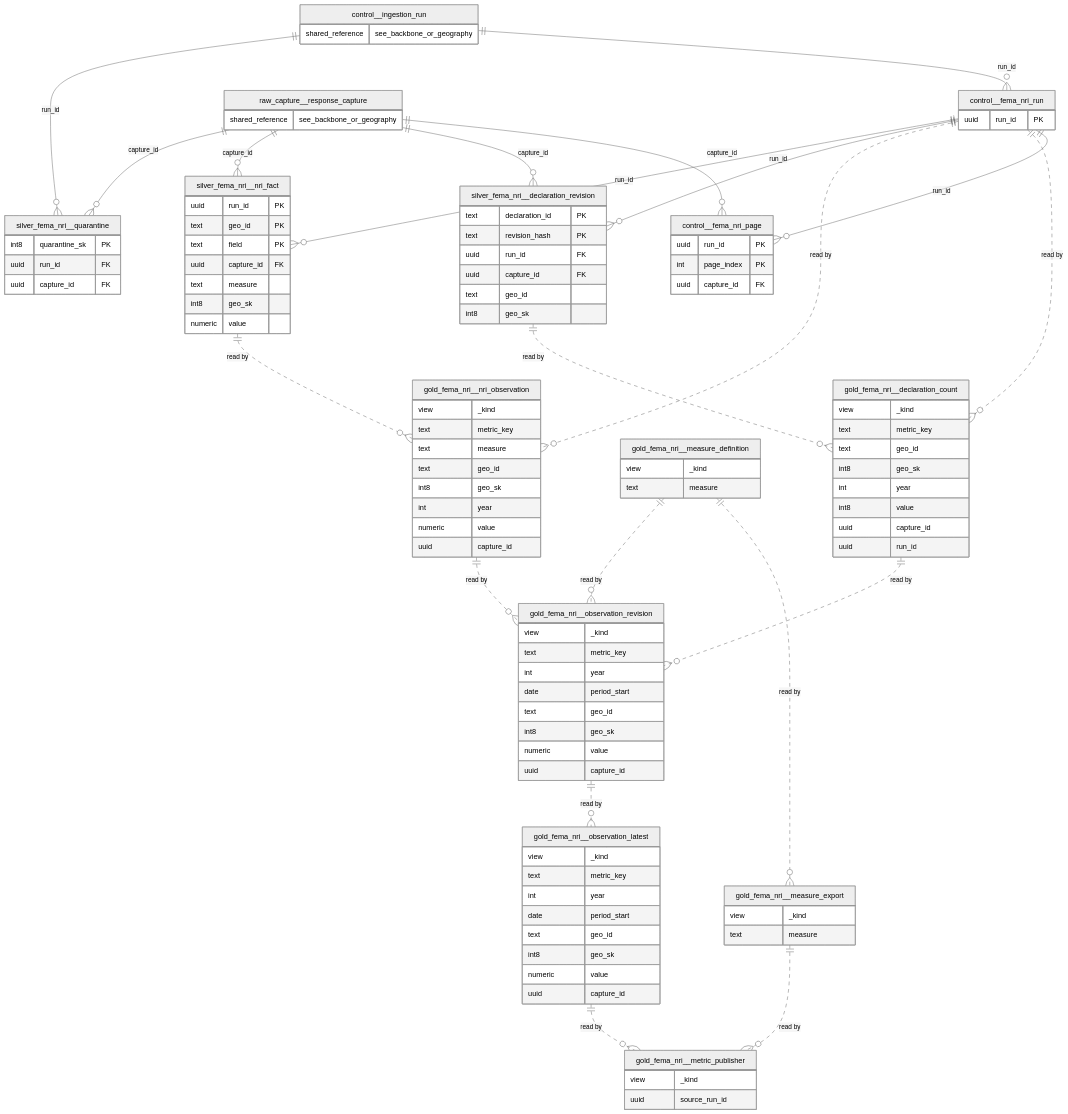
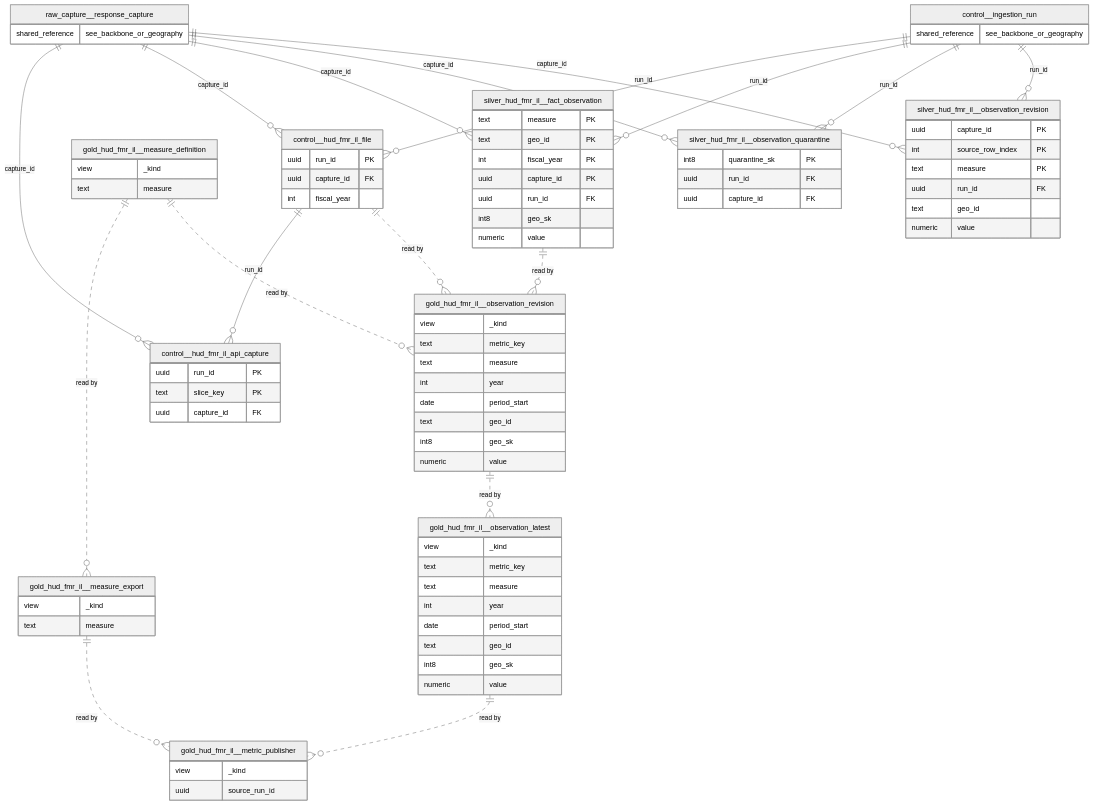
Before and after one commit to Syncert/population_etl_toolbox: diagram 19 of 30 in docs/warehouse/erd.md, drawn with Mermaid (neutral theme). The commit also changed other lines of this file and 1 other file, not shown here.

First line of the commit message:
docs(warehouse): add November sources to the data sources guide; regenerate the ERD

````diff
--- a/docs/warehouse/erd.md
+++ b/docs/warehouse/erd.md
@@ -2026,111 +2150,90 @@
 ```mermaid
 erDiagram
-    control__fema_nri_page {
+    control__hud_fmr_il_api_capture {
         uuid run_id PK
-        int page_index PK
+        text slice_key PK
         uuid capture_id FK
     }
-    control__fema_nri_run {
+    control__hud_fmr_il_file {
         uuid run_id PK
+        uuid capture_id FK
+        int fiscal_year
     }
     control__ingestion_run {
         shared_reference see_backbone_or_geography
     }
-    gold_fema_nri__declaration_count {
-        view _kind
-        text metric_key
-        text geo_id
-        int8 geo_sk
-        int year
-        int8 value
-        uuid capture_id
-        uuid run_id
-    }
-    gold_fema_nri__measure_definition {
+    gold_hud_fmr_il__measure_definition {
         view _kind
         text measure
     }
-    gold_fema_nri__measure_export {
+    gold_hud_fmr_il__measure_export {
         view _kind
         text measure
     }
-    gold_fema_nri__metric_publisher {
+    gold_hud_fmr_il__metric_publisher {
         view _kind
         uuid source_run_id
     }
-    gold_fema_nri__nri_observation {
+    gold_hud_fmr_il__observation_latest {
         view _kind
         text metric_key
         text measure
-        text geo_id
-        int8 geo_sk
-        int year
-        numeric value
-        uuid capture_id
-    }
-    gold_fema_nri__observation_latest {
-        view _kind
-        text metric_key
         int year
         date period_start
         text geo_id
         int8 geo_sk
         numeric value
-        uuid capture_id
     }
-    gold_fema_nri__observation_revision {
+    gold_hud_fmr_il__observation_revision {
         view _kind
         text metric_key
+        text measure
         int year
         date period_start
         text geo_id
         int8 geo_sk
         numeric value
-        uuid capture_id
     }
     raw_capture__response_capture {
         shared_reference see_backbone_or_geography
     }
-    silver_fema_nri__declaration_revision {
-        text declaration_id PK
-        text revision_hash PK
+    silver_hud_fmr_il__fact_observation {
+        text measure PK
+        text geo_id PK
+        int fiscal_year PK
+        uuid capture_id PK
         uuid run_id FK
-        uuid capture_id FK
-        text geo_id
-        int8 geo_sk
-    }
-    silver_fema_nri__nri_fact {
-        uuid run_id PK
-        text geo_id PK
-        text field PK
-        uuid capture_id FK
-        text measure
         int8 geo_sk
         numeric value
     }
-    silver_fema_nri__quarantine {
+    silver_hud_fmr_il__observation_quarantine {
         int8 quarantine_sk PK
         uuid run_id FK
         uuid capture_id FK
     }
-    control__ingestion_run ||--o{ silver_fema_nri__quarantine : "run_id"
-    raw_capture__response_capture ||--o{ silver_fema_nri__quarantine : "capture_id"
-    control__fema_nri_run ||--o{ silver_fema_nri__nri_fact : "run_id"
-    raw_capture__response_capture ||--o{ silver_fema_nri__nri_fact : "capture_id"
-    control__fema_nri_run ||--o{ silver_fema_nri__declaration_revision : "run_id"
-    raw_capture__response_capture ||--o{ silver_fema_nri__declaration_revision : "capture_id"
-    control__fema_nri_run ||..o{ gold_fema_nri__nri_observation : "read by"
-    silver_fema_nri__nri_fact ||..o{ gold_fema_nri__nri_observation : "read by"
-    control__fema_nri_run ||..o{ gold_fema_nri__declaration_count : "read by"
-    silver_fema_nri__declaration_revision ||..o{ gold_fema_nri__declaration_count : "read by"
-    gold_fema_nri__declaration_count ||..o{ gold_fema_nri__observation_revision : "read by"
-    gold_fema_nri__measure_definition ||..o{ gold_fema_nri__observation_revision : "read by"
-    gold_fema_nri__nri_observation ||..o{ gold_fema_nri__observation_revision : "read by"
-    gold_fema_nri__observation_revision ||..o{ gold_fema_nri__observation_latest : "read by"
-    gold_fema_nri__measure_definition ||..o{ gold_fema_nri__measure_export : "read by"
-    gold_fema_nri__measure_export ||..o{ gold_fema_nri__metric_publisher : "read by"
-    gold_fema_nri__observation_latest ||..o{ gold_fema_nri__metric_publisher : "read by"
-    control__ingestion_run ||--o{ control__fema_nri_run : "run_id"
-    control__fema_nri_run ||--o{ control__fema_nri_page : "run_id"
-    raw_capture__response_capture ||--o{ control__fema_nri_page : "capture_id"
+    silver_hud_fmr_il__observation_revision {
+        uuid capture_id PK
+        int source_row_index PK
+        text measure PK
+        uuid run_id FK
+        text geo_id
+        numeric value
+    }
+    control__hud_fmr_il_file ||--o{ control__hud_fmr_il_api_capture : "run_id"
+    raw_capture__response_capture ||--o{ control__hud_fmr_il_api_capture : "capture_id"
+    control__ingestion_run ||--o{ control__hud_fmr_il_file : "run_id"
+    raw_capture__response_capture ||--o{ control__hud_fmr_il_file : "capture_id"
+    gold_hud_fmr_il__measure_definition ||..o{ gold_hud_fmr_il__measure_export : "read by"
+    gold_hud_fmr_il__measure_export ||..o{ gold_hud_fmr_il__metric_publisher : "read by"
+    gold_hud_fmr_il__observation_latest ||..o{ gold_hud_fmr_il__metric_publisher : "read by"
+    gold_hud_fmr_il__observation_revision ||..o{ gold_hud_fmr_il__observation_latest : "read by"
+    control__hud_fmr_il_file ||..o{ gold_hud_fmr_il__observation_revision : "read by"
+    gold_hud_fmr_il__measure_definition ||..o{ gold_hud_fmr_il__observation_revision : "read by"
+    silver_hud_fmr_il__fact_observation ||..o{ gold_hud_fmr_il__observation_revision : "read by"
+    raw_capture__response_capture ||--o{ silver_hud_fmr_il__fact_observation : "capture_id"
+    control__ingestion_run ||--o{ silver_hud_fmr_il__fact_observation : "run_id"
+    control__ingestion_run ||--o{ silver_hud_fmr_il__observation_quarantine : "run_id"
+    raw_capture__response_capture ||--o{ silver_hud_fmr_il__observation_quarantine : "capture_id"
+    raw_capture__response_capture ||--o{ silver_hud_fmr_il__observation_revision : "capture_id"
+    control__ingestion_run ||--o{ silver_hud_fmr_il__observation_revision : "run_id"
 ```
````
